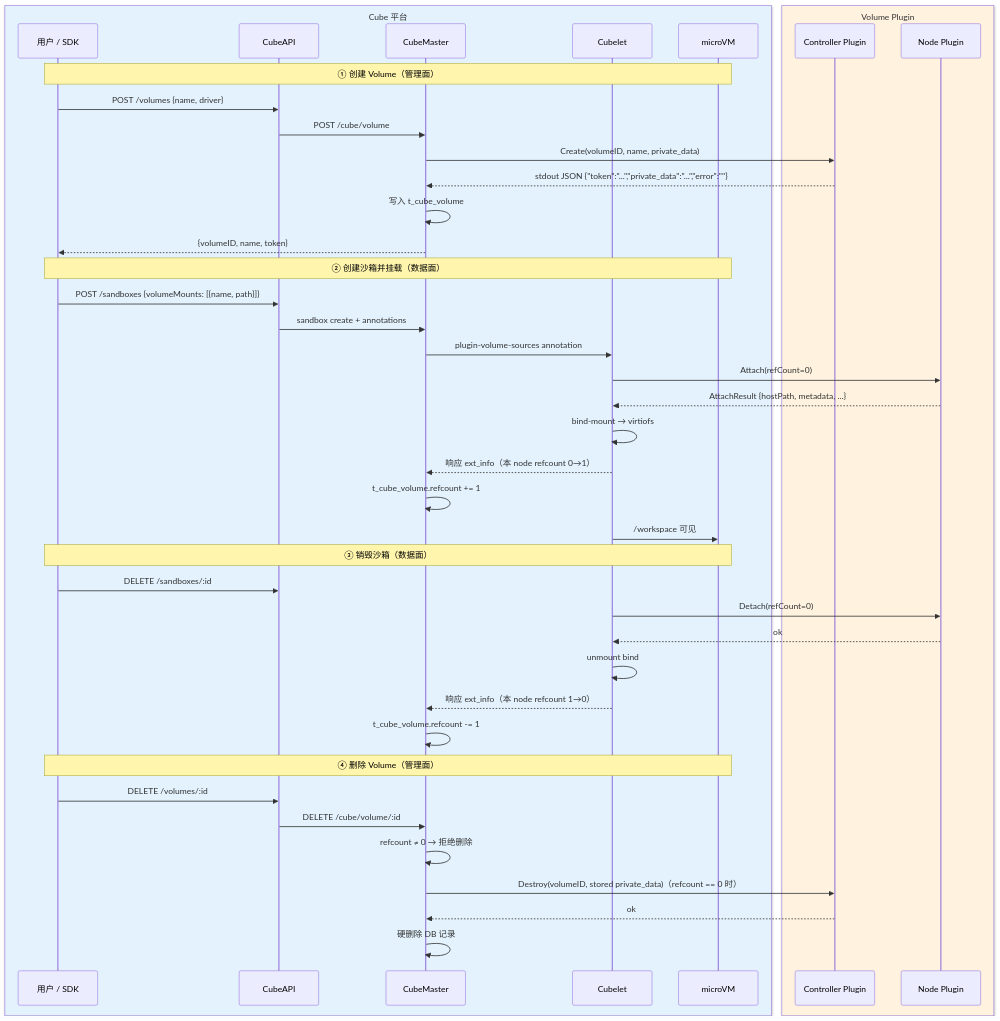
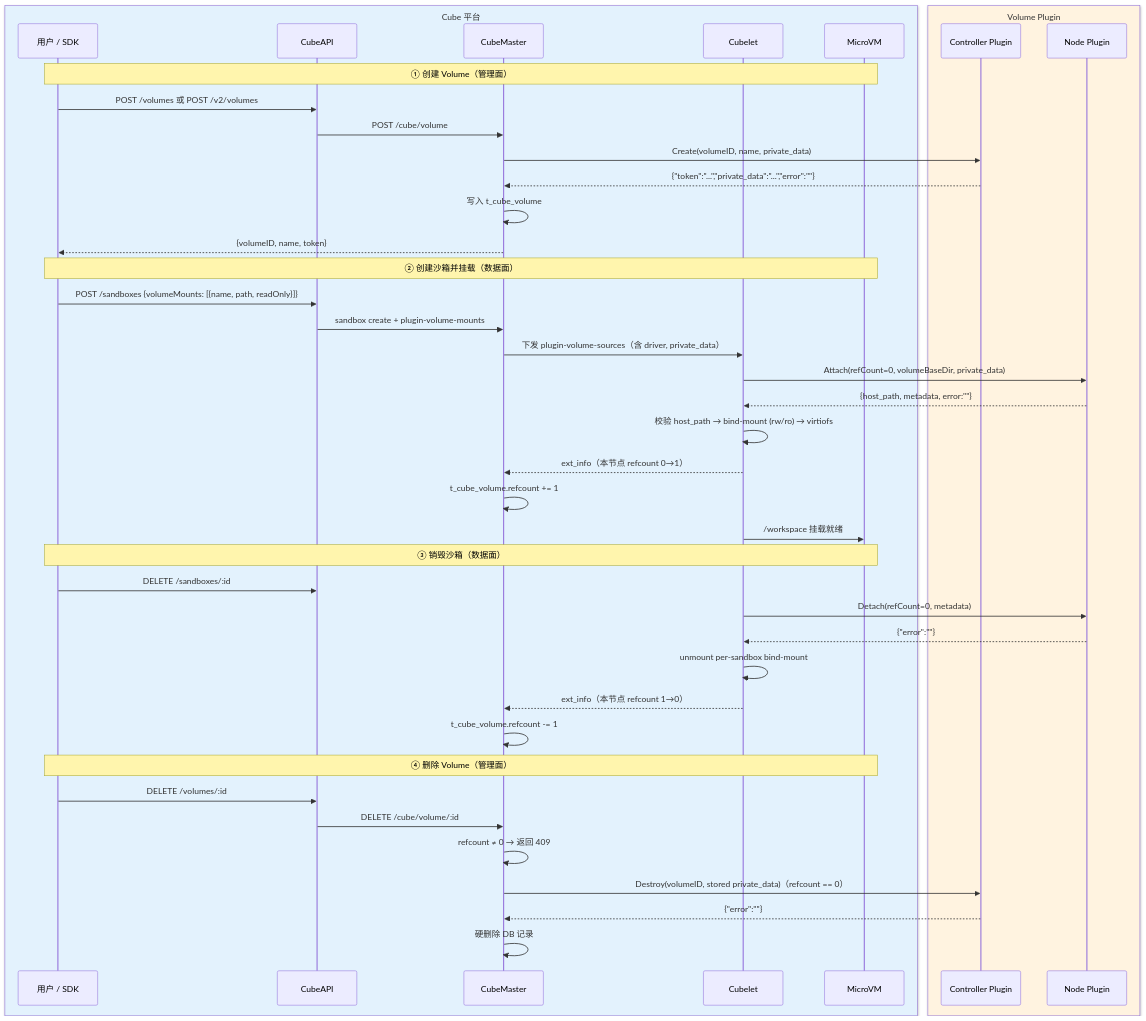
One commit to TencentCloud/CubeSandbox changed the fourth of 4 diagrams in docs/zh/guide/volume-plugin.md. Above: the diagram before and after it, drawn with Mermaid. The commit also changed other lines of this file and 14 other files, not shown here.

First line of the commit message:
docs(storage): split storage docs into Volume Usage and Volume Plugin Development (#2377)

````diff
--- a/docs/zh/guide/volume-plugin.md
+++ b/docs/zh/guide/volume-plugin.md
@@ -372,49 +124,49 @@
 ```mermaid
 sequenceDiagram
     box rgba(227,242,253,1) Cube 平台
         participant U as 用户 / SDK
         participant API as CubeAPI
         participant M as CubeMaster
         participant L as Cubelet
-        participant VM as microVM
+        participant VM as MicroVM
     end
     box rgba(255,243,224,1) Volume Plugin
         participant P as Controller Plugin
         participant N as Node Plugin
     end
 
     Note over U,VM: ① 创建 Volume（管理面）
-    U->>API: POST /volumes {name, driver}
+    U->>API: POST /volumes 或 POST /v2/volumes
     API->>M: POST /cube/volume
     M->>P: Create(volumeID, name, private_data)
-    P-->>M: stdout JSON {"token":"...","private_data":"...","error":""}
+    P-->>M: {"token":"...","private_data":"...","error":""}
     M->>M: 写入 t_cube_volume
     M-->>U: {volumeID, name, token}
 
     Note over U,VM: ② 创建沙箱并挂载（数据面）
-    U->>API: POST /sandboxes {volumeMounts: [{name, path}]}
-    API->>M: sandbox create + annotations
-    M->>L: plugin-volume-sources annotation
-    L->>N: Attach(refCount=0)
-    N-->>L: AttachResult {hostPath, metadata, ...}
-    L->>L: bind-mount → virtiofs
-    L-->>M: 响应 ext_info（本 node refcount 0→1）
+    U->>API: POST /sandboxes {volumeMounts: [{name, path, readOnly}]}
+    API->>M: sandbox create + plugin-volume-mounts
+    M->>L: 下发 plugin-volume-sources（含 driver, private_data）
+    L->>N: Attach(refCount=0, volumeBaseDir, private_data)
+    N-->>L: {host_path, metadata, error:""}
+    L->>L: 校验 host_path → bind-mount (rw/ro) → virtiofs
+    L-->>M: ext_info（本节点 refcount 0→1）
     M->>M: t_cube_volume.refcount += 1
-    L->>VM: /workspace 可见
+    L->>VM: /workspace 挂载就绪
 
     Note over U,VM: ③ 销毁沙箱（数据面）
     U->>API: DELETE /sandboxes/:id
-    L->>N: Detach(refCount=0)
-    N-->>L: ok
-    L->>L: unmount bind
-    L-->>M: 响应 ext_info（本 node refcount 1→0）
+    L->>N: Detach(refCount=0, metadata)
+    N-->>L: {"error":""}
+    L->>L: unmount per-sandbox bind-mount
+    L-->>M: ext_info（本节点 refcount 1→0）
     M->>M: t_cube_volume.refcount -= 1
 
     Note over U,VM: ④ 删除 Volume（管理面）
     U->>API: DELETE /volumes/:id
     API->>M: DELETE /cube/volume/:id
-    M->>M: refcount ≠ 0 → 拒绝删除
-    M->>P: Destroy(volumeID, stored private_data)（refcount == 0 时）
-    P-->>M: ok
+    M->>M: refcount ≠ 0 → 返回 409
+    M->>P: Destroy(volumeID, stored private_data)（refcount == 0）
+    P-->>M: {"error":""}
     M->>M: 硬删除 DB 记录
 ```
````
